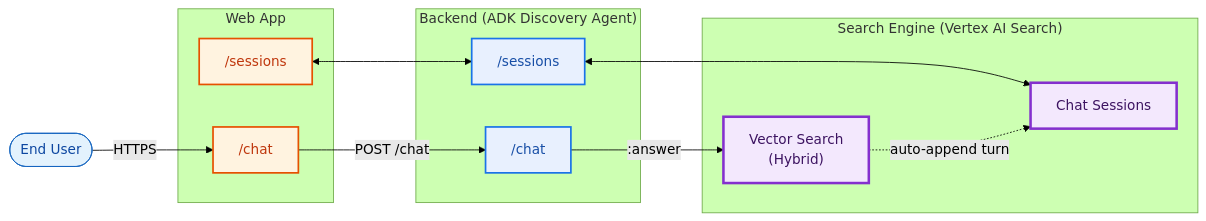
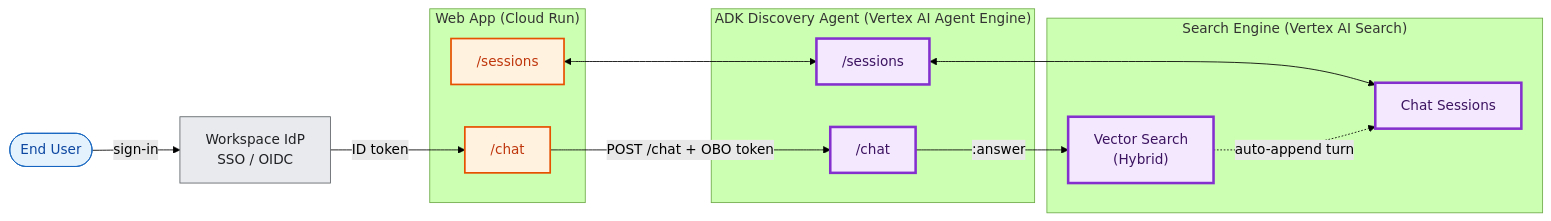
The diagram in GCP_RAG_Architecture.md (ashiqks/rag-eng), drawn with Mermaid (forest theme) before and after one commit. The commit also changed other lines of this file and 6 other files, not shown here.

Commit message:
Add HLD v2 drawio, infra action items, eval comparison script, and architecture/README updates

````diff
--- a/GCP_RAG_Architecture.md
+++ b/GCP_RAG_Architecture.md
@@ -14,29 +14,32 @@
 ```mermaid
 flowchart LR
     classDef user fill:#E3F2FD,stroke:#1565C0,color:#0D47A1
     classDef web  fill:#FFF3E0,stroke:#E65100,color:#BF360C,stroke-width:2px
-    classDef back fill:#E8F0FE,stroke:#1A73E8,color:#174EA6,stroke-width:2px
+    classDef back fill:#F3E8FD,stroke:#8430CE,color:#3C1361,stroke-width:3px
     classDef vais fill:#F3E8FD,stroke:#8430CE,color:#3C1361,stroke-width:3px
+    classDef ext  fill:#E8EAED,stroke:#5F6368,color:#202124
 
+    IDP["Workspace IdP<br/>SSO / OIDC"]:::ext
     U([End User]):::user
 
-    subgraph WEB["Web App"]
+    subgraph WEB["Web App (Cloud Run)"]
         WS["/sessions"]:::web
         WC["/chat"]:::web
     end
-    subgraph BACK["Backend (ADK Discovery Agent)"]
+    subgraph BACK["ADK Discovery Agent (Vertex AI Agent Engine)"]
         BS["/sessions"]:::back
         BC["/chat"]:::back
     end
     subgraph SE["Search Engine (Vertex AI Search)"]
         VS["Vector Search<br/>(Hybrid)"]:::vais
         CS["Chat Sessions"]:::vais
     end
 
-    U -->|HTTPS| WC
+    U -->|sign-in| IDP
+    IDP -->|ID token| WC
     WS <--> BS
-    WC -->|POST /chat| BC
+    WC -->|POST /chat + OBO token| BC
     BC -->|:answer| VS
     BS <--> CS
     VS -.auto-append turn.-> CS
 ```
````
